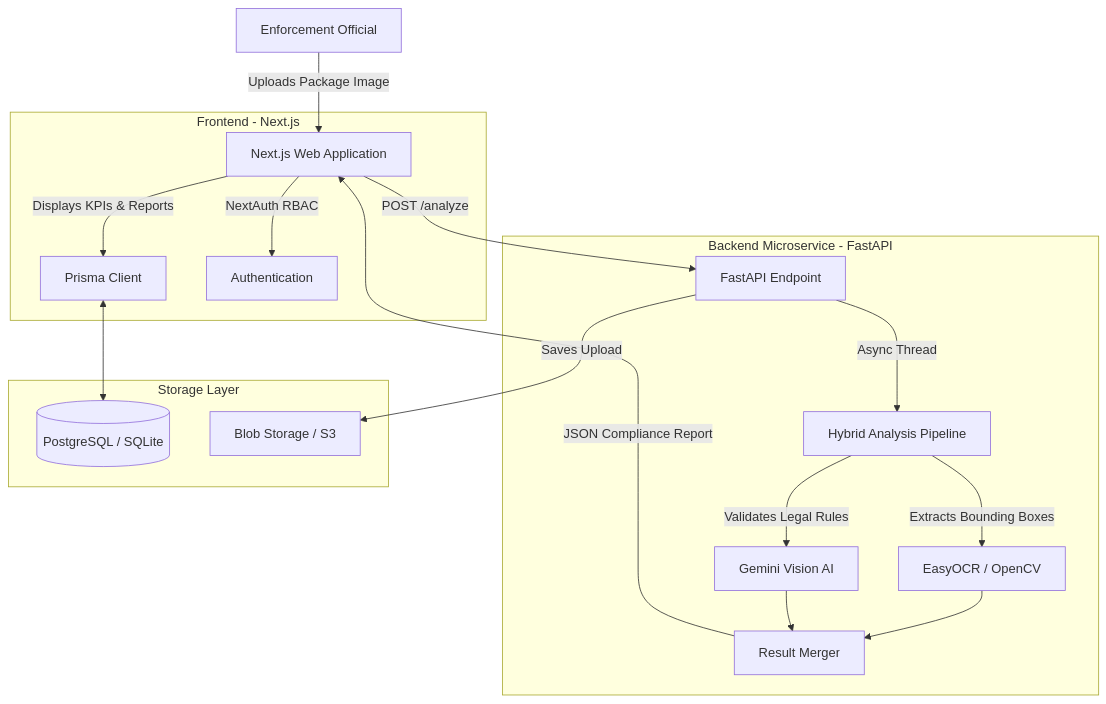
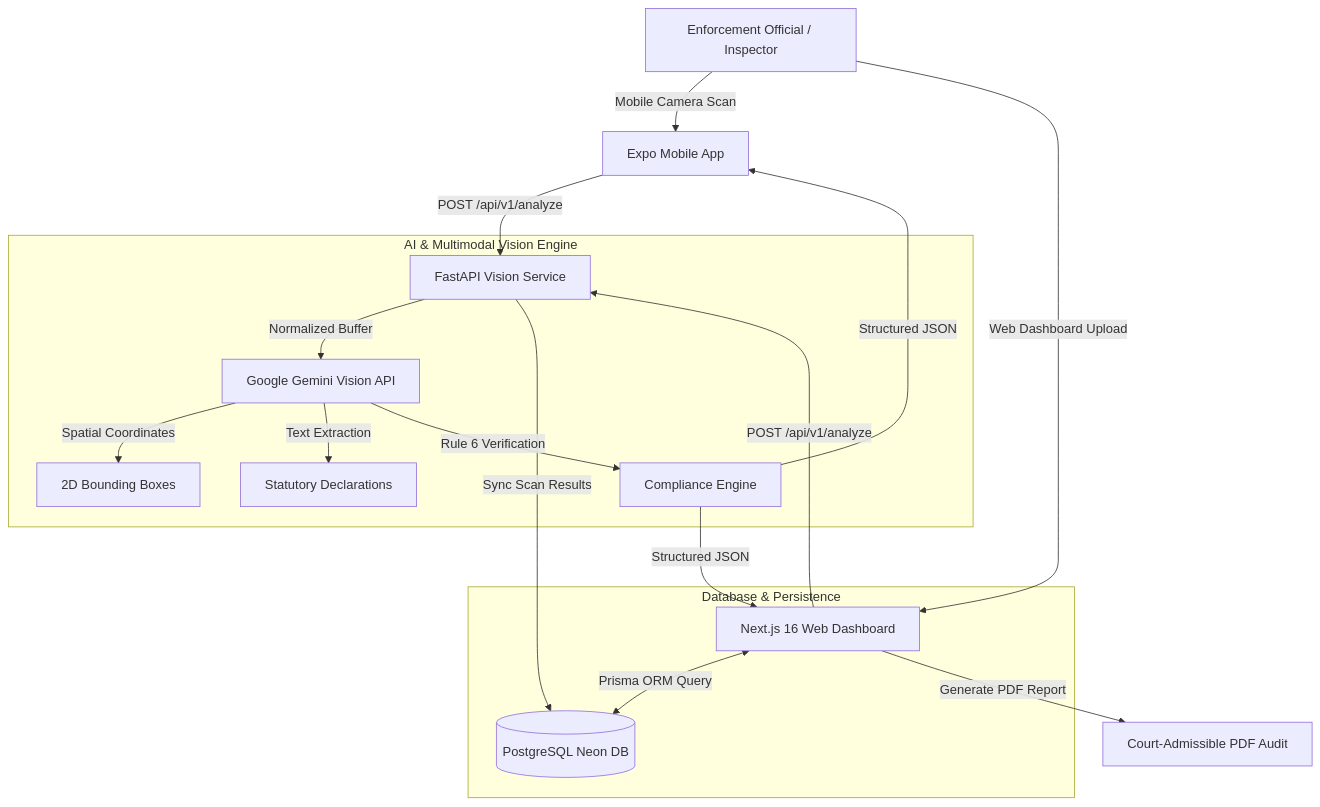
The diagram in ARCHITECTURE.md (AllikaSaiHarsha/legal-metrology-web), drawn with Mermaid before and after one commit. The commit also changed other lines of this file, not shown here.

Commit message:
docs: modernize README and ARCHITECTURE to reflect Gemini Vision AI and full-stack architecture

````diff
--- a/ARCHITECTURE.md
+++ b/ARCHITECTURE.md
@@ -45,34 +54,29 @@
 ```mermaid
 graph TD
     %% User Layer
-    U[Enforcement Official] -->|Uploads Package Image| UI[Next.js Web Application]
+    U[Enforcement Official / Inspector] -->|Mobile Camera Scan| M[Expo Mobile App]
+    U -->|Web Dashboard Upload| W[Next.js 16 Web Dashboard]
     
-    %% Frontend Layer
-    subgraph Frontend [Frontend - Next.js]
-        UI -->|Displays KPIs & Reports| DB_C[Prisma Client]
-        UI -->|NextAuth RBAC| AUTH[Authentication]
+    %% API Gateway Layer
+    M -->|POST /api/v1/analyze| API[FastAPI Vision Service]
+    W -->|POST /api/v1/analyze| API
+    
+    %% AI Processing Layer
+    subgraph AI_Engine [AI & Multimodal Vision Engine]
+        API -->|Normalized Buffer| GEMINI[Google Gemini Vision API]
+        GEMINI -->|Spatial Coordinates| BBOX[2D Bounding Boxes]
+        GEMINI -->|Text Extraction| TEXT[Statutory Declarations]
+        GEMINI -->|Rule 6 Verification| RULES[Compliance Engine]
     end
-
-    %% Backend Layer
-    subgraph Backend [Backend Microservice - FastAPI]
-        API[FastAPI Endpoint] -->|Async Thread| HYBRID[Hybrid Analysis Pipeline]
-        
-        HYBRID -->|Extracts Bounding Boxes| OCR[EasyOCR / OpenCV]
-        HYBRID -->|Validates Legal Rules| AI[Gemini Vision AI]
-        
-        OCR --> MERGE[Result Merger]
-        AI --> MERGE
+    
+    %% Database Layer
+    subgraph Storage [Database & Persistence]
+        API -->|Sync Scan Results| DB[(PostgreSQL Neon DB)]
+        W <-->|Prisma ORM Query| DB
     end
-
-    %% Database Layer
-    subgraph Database [Storage Layer]
-        DB[(PostgreSQL / SQLite)]
-        S3[Blob Storage / S3]
-    end
-
-    %% Connections
-    UI -->|POST /analyze| API
-    MERGE -->|JSON Compliance Report| UI
-    DB_C <--> DB
-    API -->|Saves Upload| S3
+    
+    %% Output
+    RULES -->|Structured JSON| W
+    RULES -->|Structured JSON| M
+    W -->|Generate PDF Report| PDF[Court-Admissible PDF Audit]
 ```
````
